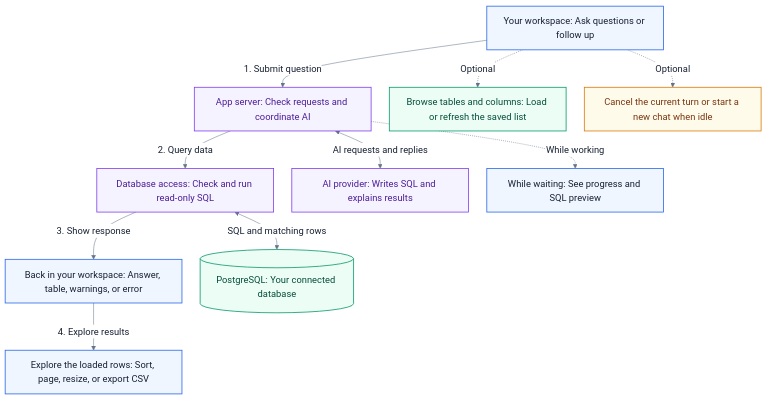
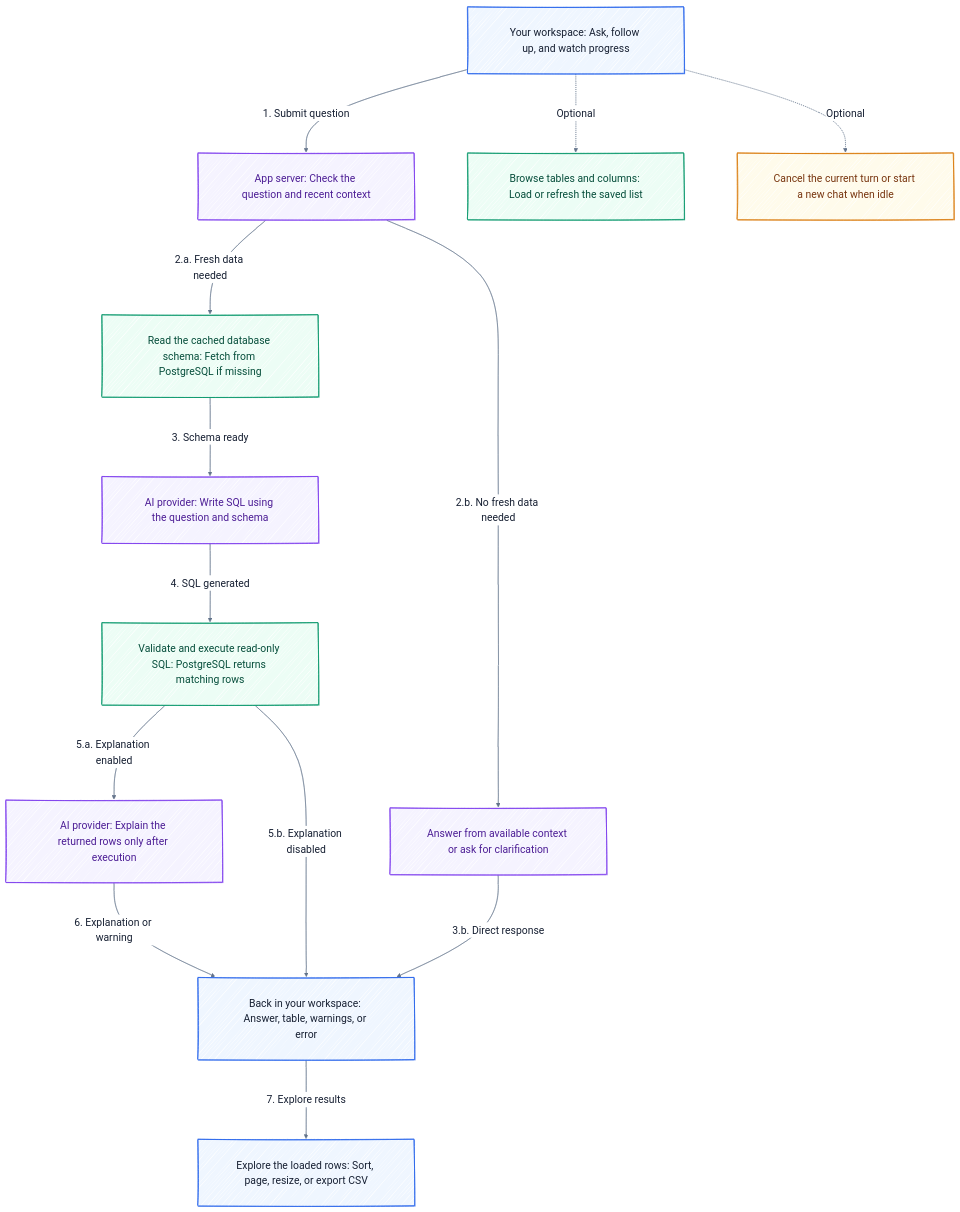
Before and after one commit to vshete/sql-query-app: the diagram in mermaid/00-overall.mmd, drawn with Mermaid. The commit also changed 54 other files, not shown here.

```diff
--- a/mermaid/00-overall.mmd
+++ b/mermaid/00-overall.mmd
@@ -1,31 +1,35 @@
-%%{init: {"theme":"base","fontFamily":"Arial, sans-serif","themeVariables":{"fontSize":"18px","lineColor":"#64748b","primaryTextColor":"#172033","edgeLabelBackground":"#ffffff","clusterBkg":"#f8fafc","clusterBorder":"#cbd5e1"},"flowchart":{"curve":"basis","nodeSpacing":35,"rankSpacing":45,"wrappingWidth":280}}}%%
+%%{init: {"theme":"base","fontFamily":"Virgil","themeVariables":{"fontSize":"20px","lineColor":"#64748b","primaryTextColor":"#172033","edgeLabelBackground":"#ffffff","clusterBkg":"#f8fafc","clusterBorder":"#cbd5e1","fontFamily":"Virgil"},"flowchart":{"curve":"basis","nodeSpacing":100,"rankSpacing":120,"wrappingWidth":280,"padding":34,"subGraphTitleMargin":{"top":18,"bottom":38}},"look":"handDrawn","handDrawnSeed":42}}%%
 flowchart TB
     accTitle: The whole app — ask, process, and explore
-    accDescr: Follow the numbered connectors. Subnumbers identify branches or smaller steps. Optional actions and supporting relationships are labeled separately. The browser sends questions and recent context to the app server. The server coordinates an AI provider and checked read-only database access. Progress and SQL appear while work continues, followed by an answer, table, or clear error. Schema browsing, cancellation, follow-ups, and local table actions complete the user journey.
+    accDescr: Follow the numbered connectors. The server checks the question and recent context. When fresh database data is needed, first read the cached schema, fetching it from PostgreSQL if missing; next ask the AI provider to generate SQL using that schema; then validate and execute the SQL against PostgreSQL. Only after rows return does the server optionally ask the AI provider to explain them. Without an explanation, return the SQL and table directly. Questions that need no fresh data can receive a direct answer or clarification. Progress updates, schema browsing, cancellation, and local result exploration support this journey.
     %% Companion guide: docs/architecture.md
 
-    BROWSER["Your workspace: Ask questions or follow up"]:::view
-    SERVER["App server: Check requests and coordinate AI"]:::work
-    QUERY["Database access: Check and run read-only SQL"]:::work
+    BROWSER["Your workspace: Ask, follow up, and watch progress"]:::view
+    SERVER["App server: Check the question and recent context"]:::work
+    CACHED_SCHEMA["Read the cached database schema: Fetch from PostgreSQL if missing"]:::data
+    WRITE_SQL["AI provider: Write SQL using the question and schema"]:::work
+    QUERY["Validate and execute read-only SQL: PostgreSQL returns matching rows"]:::data
+    EXPLAIN["AI provider: Explain the returned rows only after execution"]:::work
+    DIRECT["Answer from available context or ask for clarification"]:::work
     RESPONSE["Back in your workspace: Answer, table, warnings, or error"]:::view
     EXPLORE["Explore the loaded rows: Sort, page, resize, or export CSV"]:::view
-    MODEL["AI provider: Writes SQL and explains results"]:::work
-    DB[("PostgreSQL: Your connected database")]:::data
     SCHEMA["Browse tables and columns: Load or refresh the saved list"]:::data
-    LIVE["While waiting: See progress and SQL preview"]:::view
     CANCEL["Cancel the current turn or start a new chat when idle"]:::note
 
     BROWSER -->|1. Submit question| SERVER
-    SERVER -->|2. Query data| QUERY
-    QUERY -->|3. Show response| RESPONSE
-    RESPONSE -->|4. Explore results| EXPLORE
-    SERVER <-->|AI requests and replies| MODEL
-    QUERY <-->|SQL and matching rows| DB
+    SERVER -->|2.a. Fresh data needed| CACHED_SCHEMA
+    CACHED_SCHEMA -->|3. Schema ready| WRITE_SQL
+    WRITE_SQL -->|4. SQL generated| QUERY
+    QUERY -->|5.a. Explanation enabled| EXPLAIN
+    EXPLAIN -->|6. Explanation or warning| RESPONSE
+    QUERY -->|5.b. Explanation disabled| RESPONSE
+    SERVER -->|2.b. No fresh data needed| DIRECT
+    DIRECT -->|3.b. Direct response| RESPONSE
+    RESPONSE -->|7. Explore results| EXPLORE
     BROWSER -.->|Optional| SCHEMA
-    SERVER -.->|While working| LIVE
     BROWSER -.->|Optional| CANCEL
 
     classDef view fill:#eff6ff,stroke:#2563eb,color:#172033,stroke-width:1.5px;
     classDef work fill:#f5f3ff,stroke:#7c3aed,color:#4c1d95,stroke-width:1.5px;
     classDef data fill:#ecfdf5,stroke:#059669,color:#064e3b,stroke-width:1.5px;
     classDef note fill:#fffbeb,stroke:#d97706,color:#78350f,stroke-width:1.5px;
```
